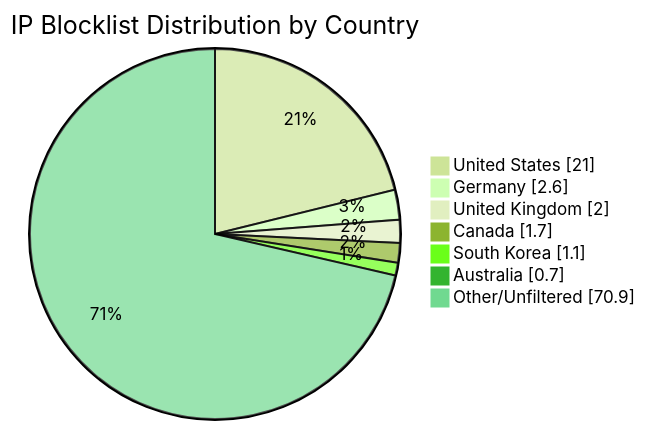
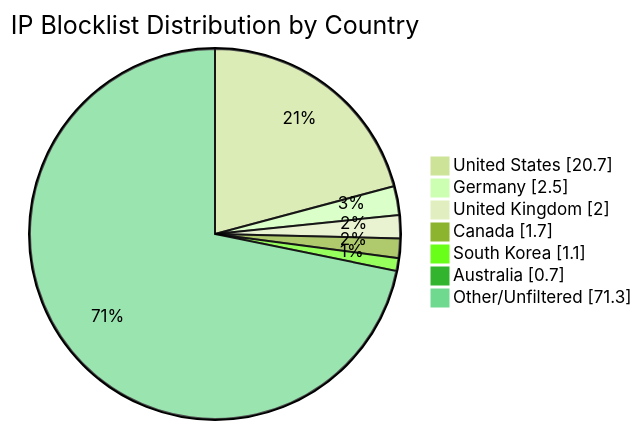
One commit to MarcusHoltz/ipblocklist-geofiltered-aggregator changed the diagram in README.md. Above: the diagram before and after it, drawn with Mermaid (forest theme). The commit also changed other lines of this file and 9 other files, not shown here.

````diff
--- a/README.md
+++ b/README.md
@@ -34,10 +34,10 @@
 ```mermaid
 pie showData title IP Blocklist Distribution by Country
-"United States" : 21.0
-"Germany" : 2.6
+"United States" : 20.7
+"Germany" : 2.5
 "United Kingdom" : 2.0
 "Canada" : 1.7
 "South Korea" : 1.1
 "Australia" : 0.7
-"Other/Unfiltered" : 70.9
+"Other/Unfiltered" : 71.3
 ```
````
